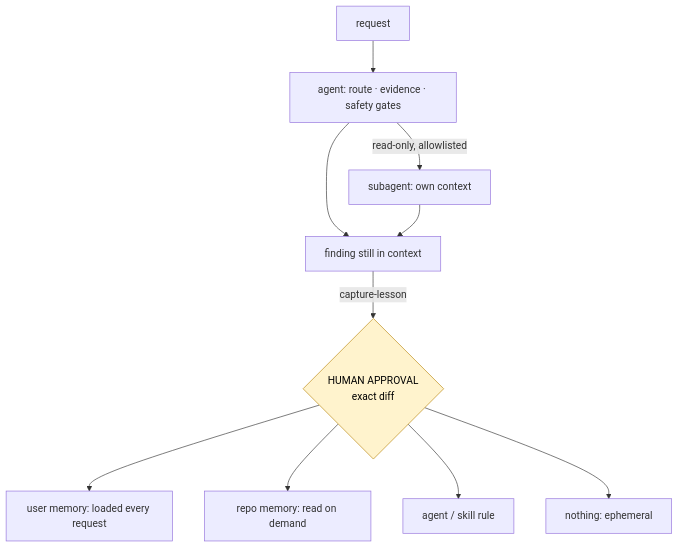
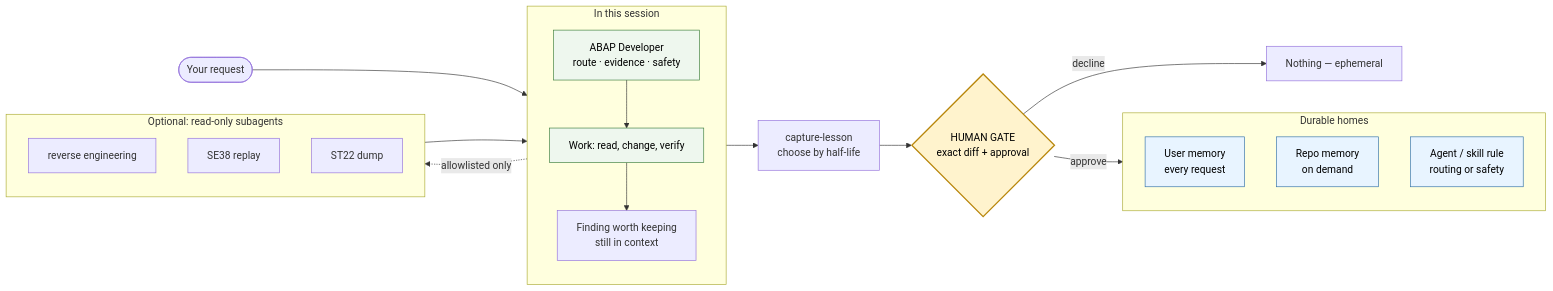
One commit to naruepan2/abap-copilot-kit changed the diagram in README.md. Above: the diagram before and after it, drawn with Mermaid.

Commit message:
docs: redesign the design diagram with clearer lanes

````diff
--- a/README.md
+++ b/README.md
@@ -76,14 +76,37 @@
 ```mermaid
-flowchart TD
-    U[request] --> A[agent: route · evidence · safety gates]
-    A -->|read-only, allowlisted| D[subagent: own context]
-    A --> L[finding still in context]
-    D --> L
-    L -->|capture-lesson| G{HUMAN APPROVAL<br/>exact diff}
-    G --> M[user memory: loaded every request]
-    G --> P[repo memory: read on demand]
-    G --> F[agent / skill rule]
-    G --> X[nothing: ephemeral]
-    classDef gate fill:#fff3cd,stroke:#b8860b,color:#000
-    class G gate
+flowchart LR
+    U(["Your request"]) --> A["ABAP Developer<br/>route · evidence · safety"]
+
+    subgraph SESSION["In this session"]
+        direction TB
+        A --> W["Work: read, change, verify"]
+        W --> L["Finding worth keeping<br/>still in context"]
+    end
+
+    subgraph DELEGATE["Optional: read-only subagents"]
+        direction TB
+        D1["reverse engineering"]
+        D2["SE38 replay"]
+        D3["ST22 dump"]
+    end
+    A -.->|"allowlisted only"| DELEGATE
+    DELEGATE --> L
+
+    L --> C["capture-lesson<br/>choose by half-life"] --> H{"HUMAN GATE<br/>exact diff + approval"}
+
+    subgraph STORE["Durable homes"]
+        direction TB
+        M["User memory<br/>every request"]
+        P["Repo memory<br/>on demand"]
+        R["Agent / skill rule<br/>routing or safety"]
+    end
+    H -->|"approve"| STORE
+    H -->|"decline"| X["Nothing — ephemeral"]
+
+    classDef gate fill:#fff3cd,stroke:#b8860b,color:#000,stroke-width:2px
+    classDef mem fill:#e8f4ff,stroke:#2f6fa8,color:#000
+    classDef task fill:#eef7ee,stroke:#3a7d3a,color:#000
+    class H gate
+    class M,P,R mem
+    class A,W task
 ```
````
